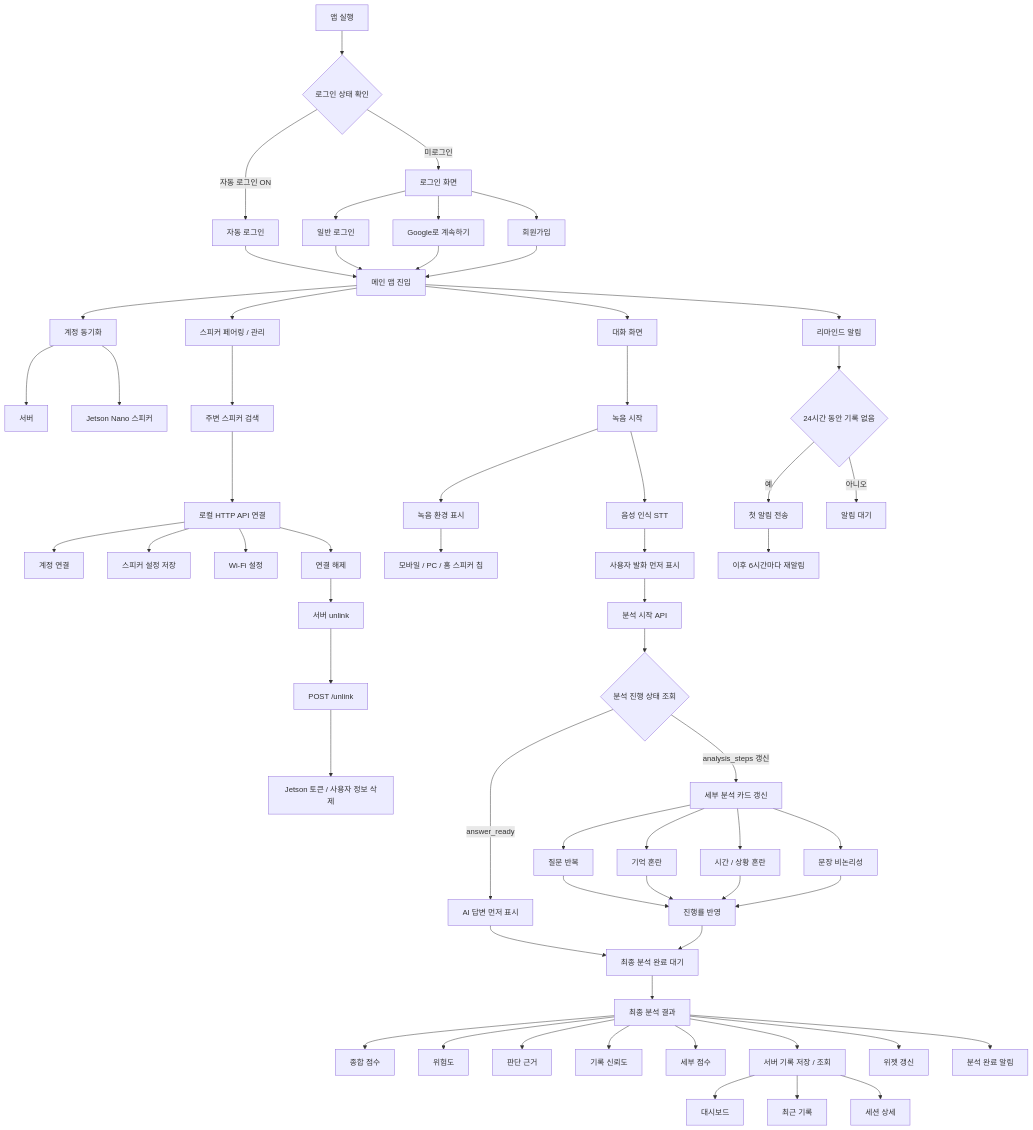
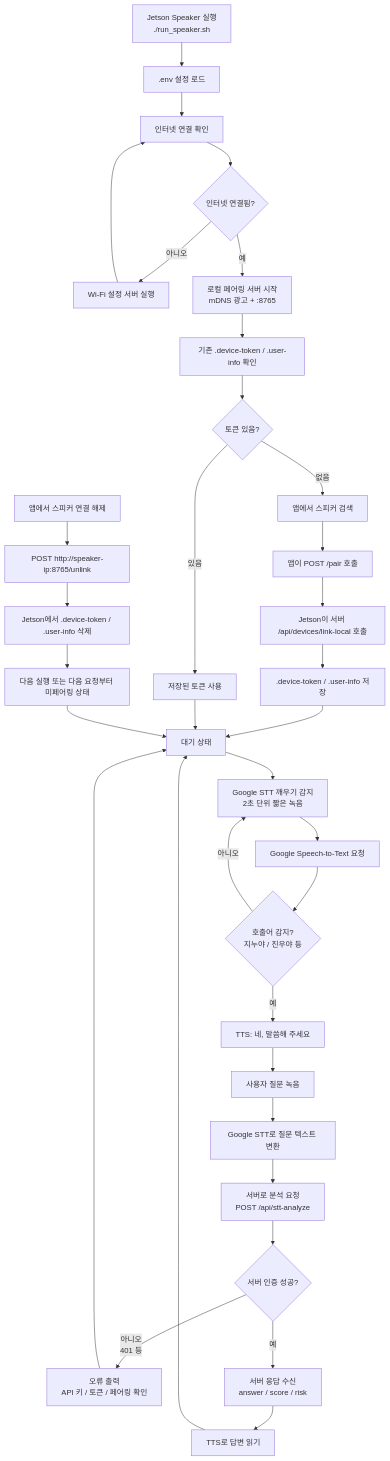
The diagram in README.md (chocomuse/drgnuspeaker), drawn with Mermaid before and after one commit.

````diff
--- a/README.md
+++ b/README.md
@@ -1,75 +1,45 @@
 ```mermaid
 flowchart TD
-    A["앱 실행"] --> B{"로그인 상태 확인"}
+    A["Jetson Speaker 실행<br/>./run_speaker.sh"] --> B[".env 설정 로드"]
+    B --> C["인터넷 연결 확인"]
+    C --> D{"인터넷 연결됨?"}
 
-    B -->|자동 로그인 ON| C["자동 로그인"]
-    B -->|미로그인| D["로그인 화면"]
-    D --> D1["일반 로그인"]
-    D --> D2["Google로 계속하기"]
-    D --> D3["회원가입"]
-    C --> E["메인 앱 진입"]
-    D1 --> E
-    D2 --> E
-    D3 --> E
+    D -- "아니오" --> E["Wi-Fi 설정 서버 실행"]
+    E --> C
 
-    E --> F["계정 동기화"]
-    F --> S["서버"]
-    F --> J["Jetson Nano 스피커"]
+    D -- "예" --> F["로컬 페어링 서버 시작<br/>mDNS 광고 + :8765"]
+    F --> G["기존 .device-token / .user-info 확인"]
+    G --> H{"토큰 있음?"}
 
-    E --> G["스피커 페어링 / 관리"]
-    G --> G1["주변 스피커 검색"]
-    G1 --> G2["로컬 HTTP API 연결"]
-    G2 --> G3["계정 연결"]
-    G2 --> G4["스피커 설정 저장"]
-    G2 --> G5["Wi-Fi 설정"]
-    G2 --> G6["연결 해제"]
-    G6 --> S1["서버 unlink"]
-    S1 --> J1["POST /unlink"]
-    J1 --> J2["Jetson 토큰 / 사용자 정보 삭제"]
+    H -- "없음" --> I["앱에서 스피커 검색"]
+    I --> J["앱이 POST /pair 호출"]
+    J --> K["Jetson이 서버 /api/devices/link-local 호출"]
+    K --> L[".device-token / .user-info 저장"]
 
-    E --> H["대화 화면"]
-    H --> I["녹음 시작"]
-    I --> I1["녹음 환경 표시"]
-    I1 --> I2["모바일 / PC / 홈 스피커 칩"]
-    I --> K["음성 인식 STT"]
-    K --> L["사용자 발화 먼저 표시"]
+    H -- "있음" --> M["저장된 토큰 사용"]
+    L --> N["대기 상태"]
+    M --> N
 
-    L --> M["분석 시작 API"]
-    M --> N{"분석 진행 상태 조회"}
+    N --> O["Google STT 깨우기 감지<br/>2초 단위 짧은 녹음"]
+    O --> P["Google Speech-to-Text 요청"]
+    P --> Q{"호출어 감지?<br/>지누야 / 진우야 등"}
 
-    N -->|answer_ready| O["AI 답변 먼저 표시"]
-    N -->|analysis_steps 갱신| P["세부 분석 카드 갱신"]
+    Q -- "아니오" --> O
+    Q -- "예" --> R["TTS: 네, 말씀해 주세요"]
+    R --> S["사용자 질문 녹음"]
+    S --> T["Google STT로 질문 텍스트 변환"]
+    T --> U["서버로 분석 요청<br/>POST /api/stt-analyze"]
+    U --> V{"서버 인증 성공?"}
 
-    P --> P1["질문 반복"]
-    P --> P2["기억 혼란"]
-    P --> P3["시간 / 상황 혼란"]
-    P --> P4["문장 비논리성"]
+    V -- "아니오<br/>401 등" --> W["오류 출력<br/>API 키 / 토큰 / 페어링 확인"]
+    W --> N
 
-    P1 --> Q["진행률 반영"]
-    P2 --> Q
-    P3 --> Q
-    P4 --> Q
+    V -- "예" --> X["서버 응답 수신<br/>answer / score / risk"]
+    X --> Y["TTS로 답변 읽기"]
+    Y --> N
 
-    O --> R["최종 분석 완료 대기"]
-    Q --> R
-
-    R --> T["최종 분석 결과"]
-    T --> T1["종합 점수"]
-    T --> T2["위험도"]
-    T --> T3["판단 근거"]
-    T --> T4["기록 신뢰도"]
-    T --> T5["세부 점수"]
-
-    T --> U["서버 기록 저장 / 조회"]
-    U --> V["대시보드"]
-    U --> W["최근 기록"]
-    U --> X["세션 상세"]
-    T --> Y["위젯 갱신"]
-    T --> Z["분석 완료 알림"]
-
-    E --> RMD["리마인드 알림"]
-    RMD --> RMD1{"24시간 동안 기록 없음"}
-    RMD1 -->|예| RMD2["첫 알림 전송"]
-    RMD2 --> RMD3["이후 6시간마다 재알림"]
-    RMD1 -->|아니오| RMD4["알림 대기"]
+    Z["앱에서 스피커 연결 해제"] --> AA["POST http://speaker-ip:8765/unlink"]
+    AA --> AB["Jetson에서 .device-token / .user-info 삭제"]
+    AB --> AC["다음 실행 또는 다음 요청부터 미페어링 상태"]
+    AC --> N
 ```
````
